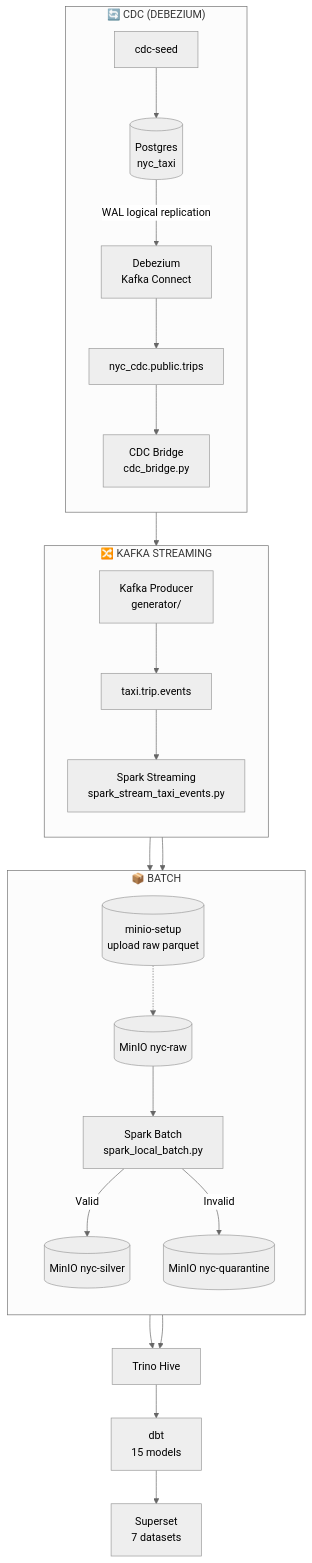
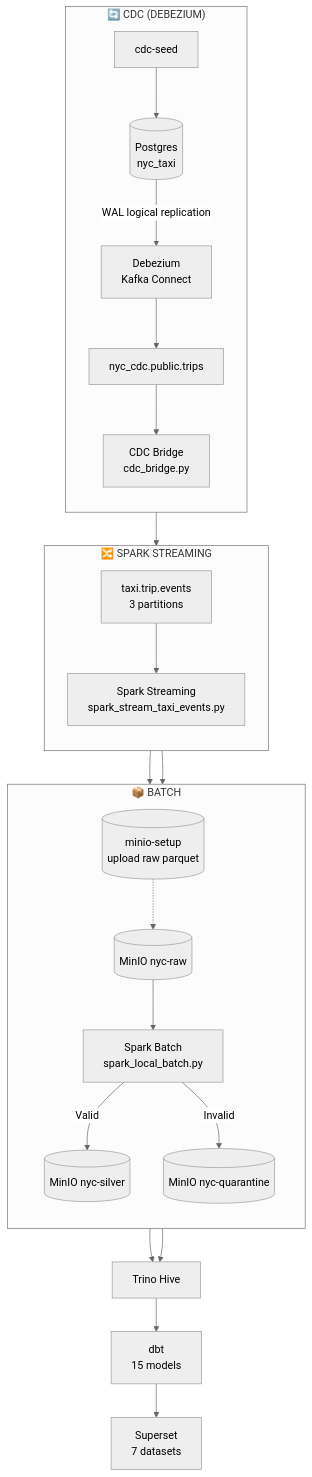
The second of 6 diagrams in GUIDE.md (DawieMalmsteel/nyc_new), drawn with Mermaid (neutral theme) before and after one commit. The commit also changed other lines of this file and 9 other files, not shown here.

First line of the commit message:
Remove Kafka Producer (generator/) — Spark Batch already handles parquet

````diff
--- a/GUIDE.md
+++ b/GUIDE.md
@@ -233,32 +229,31 @@
 ```mermaid
 flowchart TB
     subgraph Batch["📦 BATCH"]
         direction TB
         BSetup[("minio-setup<br/>upload raw parquet")] -.-> BMinio[(MinIO nyc-raw)]
         BMinio --> BSpark[Spark Batch<br/>spark_local_batch.py]
         BSpark -->|Valid| BValid[(MinIO nyc-silver)]
         BSpark -->|Invalid| BQ[(MinIO nyc-quarantine)]
     end
 
-    subgraph Stream["🔀 KAFKA STREAMING"]
+    subgraph Stream["🔀 SPARK STREAMING"]
         direction TB
-        SGen[Kafka Producer<br/>generator/] --> STopic[taxi.trip.events]
-        STopic --> SStream[Spark Streaming<br/>spark_stream_taxi_events.py]
+        STopic[taxi.trip.events<br/>3 partitions] --> SStream[Spark Streaming<br/>spark_stream_taxi_events.py]
         SStream --> BValid
         SStream --> BQ
     end
 
     subgraph CDC["🔄 CDC (DEBEZIUM)"]
         direction TB
         CSeed[cdc-seed] --> CPG[(Postgres<br/>nyc_taxi)]
         CPG -->|WAL logical replication| CDBZ[Debezium<br/>Kafka Connect]
         CDBZ --> CCT[nyc_cdc.public.trips]
         CCT --> CBridge[CDC Bridge<br/>cdc_bridge.py]
         CBridge --> STopic
     end
 
     BValid --> Trino[Trino Hive]
     BQ --> Trino
     Trino --> D[dbt<br/>15 models]
     D --> S[Superset<br/>7 datasets]
 ```
````
